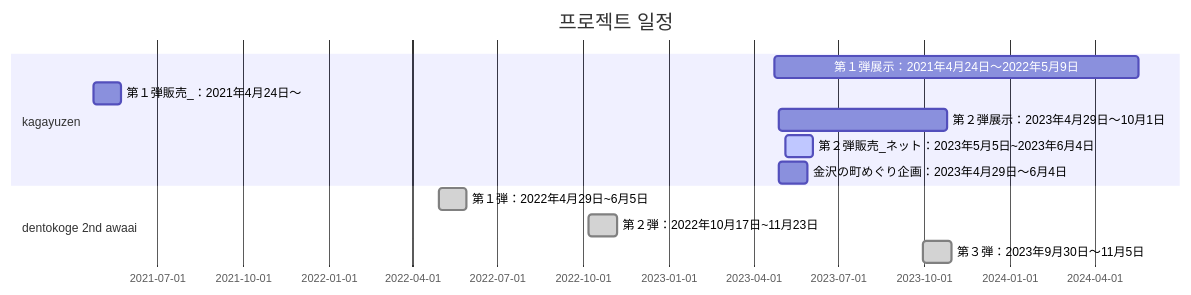
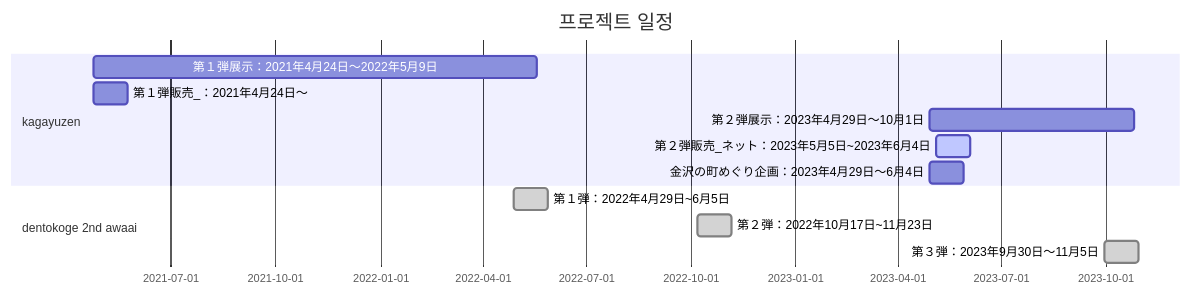
One commit to JihongNMI/SQL-and-Java changed the diagram in 정리_세계시간.md. Above: the diagram before and after it, drawn with Mermaid.

````diff
--- a/정리_세계시간.md
+++ b/정리_세계시간.md
@@ -1,19 +1,19 @@
 ```mermaid
 gantt
     title 프로젝트 일정
     dateFormat  YYYY-MM-DD
 
     section kagayuzen
-    第１弾展示：2021年4月24日～2022年5月9日    :    2023-04-24, 390d
+    第１弾展示：2021年4月24日～2022年5月9日    :    2021-04-24, 390d
     第１弾販売_：2021年4月24日～    :    2021-04-24, 30d
     
     第２弾展示：2023年4月29日～10月1日    :    2023-04-29, 180d
     第２弾販売_ネット：2023年5月5日~2023年6月4日    :    active, 2023-05-05, 30d
     金沢の町めぐり企画：2023年4月29日～6月4日    :    2023-04-29, 30d
 
     section dentokoge 2nd awaai
     第１弾：2022年4月29日~6月5日    :done,    2022-04-29, 30d
     第２弾：2022年10月17日~11月23日    :done,    2022-10-07, 30d
     第３弾：2023年9月30日～11月5日    :done,    2023-09-30, 30d
 
 ```
````
